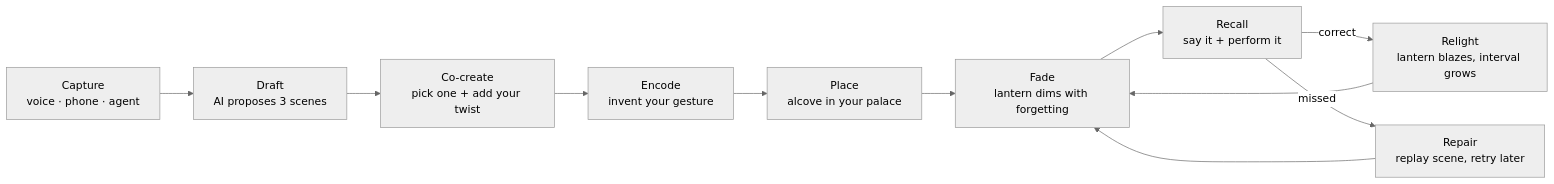
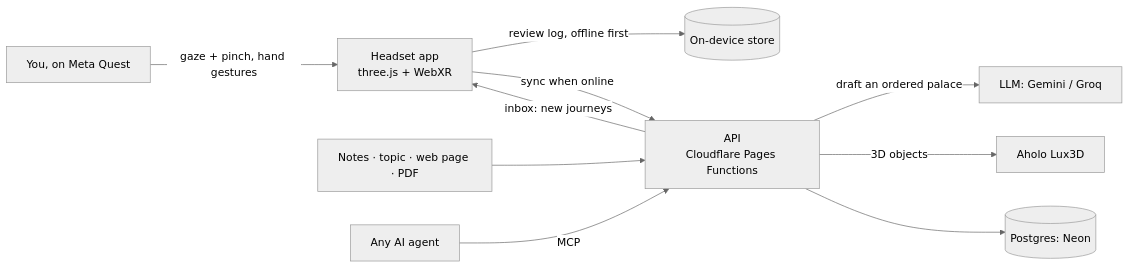
The diagram in README.md (Aaditya1273/engram), drawn with Mermaid (neutral theme) before and after one commit. The commit also changed other lines of this file and 1 other file, not shown here.

````diff
--- a/README.md
+++ b/README.md
@@ -110,13 +203,12 @@
 ```mermaid
 flowchart LR
-    A[Capture<br/>voice · phone · agent] --> B[Draft<br/>AI proposes 3 scenes]
-    B --> C[Co-create<br/>pick one + add your twist]
-    C --> D[Encode<br/>invent your gesture]
-    D --> E[Place<br/>alcove in your palace]
-    E --> F[Fade<br/>lantern dims with forgetting]
-    F --> G[Recall<br/>say it + perform it]
-    G -->|correct| H[Relight<br/>lantern blazes, interval grows]
-    G -->|missed| I[Repair<br/>replay scene, retry later]
-    H --> F
-    I --> F
+    U[You, on Meta Quest] -- gaze + pinch, hand gestures --> H[Headset app<br/>three.js + WebXR]
+    H -- review log, offline first --> L[(On-device store)]
+    H -- sync when online --> A[API<br/>Cloudflare Pages Functions]
+    P[Notes · topic · web page · PDF] --> A
+    A -- draft an ordered palace --> M[LLM: Gemini / Groq]
+    A -- 3D objects --> X[Aholo Lux3D]
+    A --> D[(Postgres: Neon)]
+    G[Any AI agent] -- MCP --> A
+    A -- inbox: new journeys --> H
 ```
````
